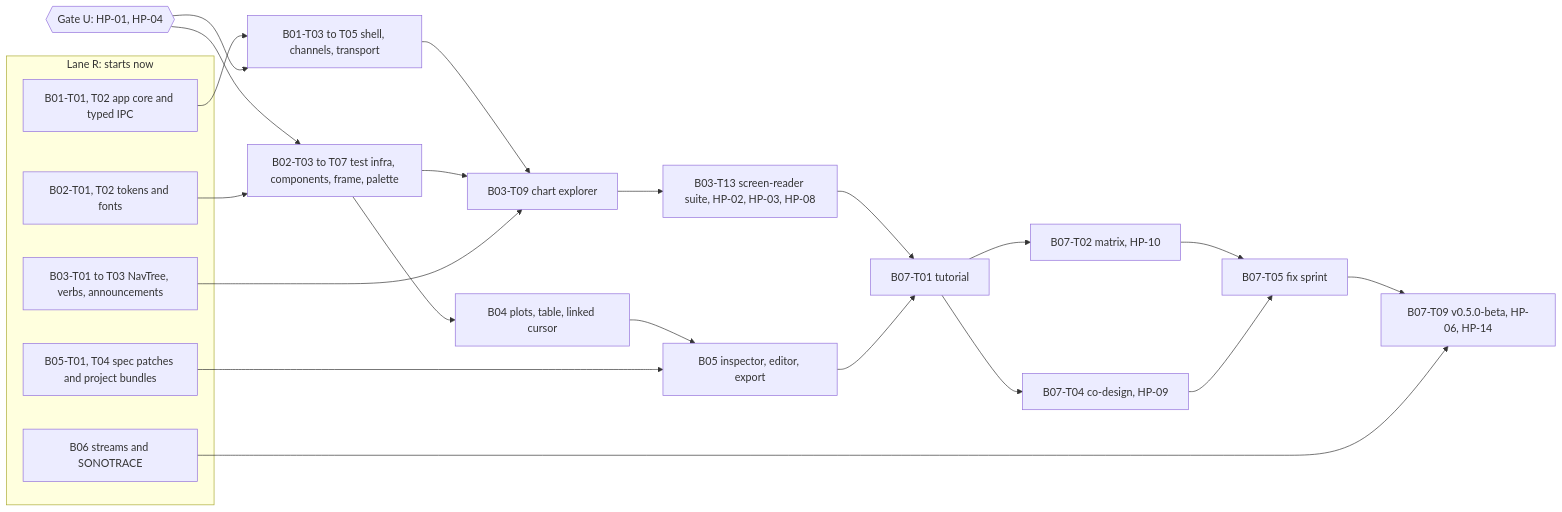
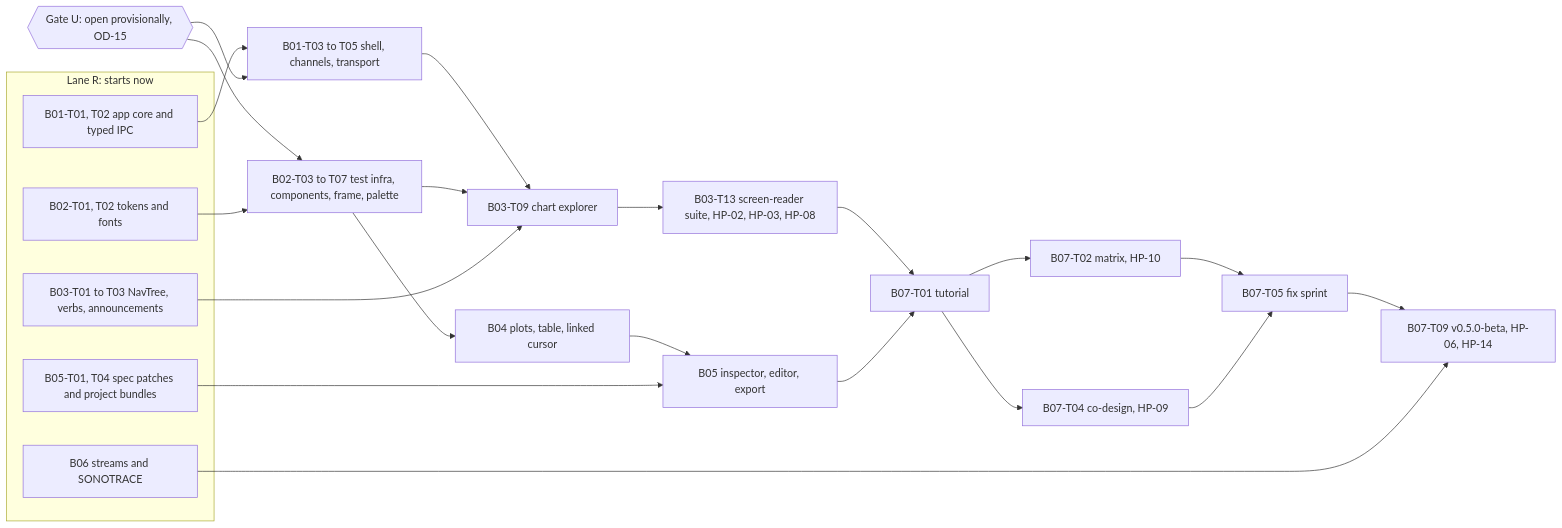
The second of 3 diagrams in docs/planning/implementation-plan.md (DuhItzAniket/SONARITHM), drawn with Mermaid before and after one commit. The commit also changed other lines of this file and 9 other files, not shown here.

First line of the commit message:
docs: open Gate U provisionally (OD-15 amended by the owner)

````diff
--- a/docs/planning/implementation-plan.md
+++ b/docs/planning/implementation-plan.md
@@ -208,30 +208,30 @@
 ```mermaid
 flowchart LR
   subgraph R[Lane R: starts now]
     APP[B01-T01, T02 app core and typed IPC]
     AUD[B03-T01 to T03 NavTree, verbs, announcements]
     SON[B06 streams and SONOTRACE]
     PRJ[B05-T01, T04 spec patches and project bundles]
     TOK[B02-T01, T02 tokens and fonts]
   end
-  GU{{Gate U: HP-01, HP-04}}
+  GU{{Gate U: open provisionally, OD-15}}
   APP --> SH[B01-T03 to T05 shell, channels, transport]
   GU --> SH
   GU --> UI[B02-T03 to T07 test infra, components, frame, palette]
   TOK --> UI
   SH --> EXP[B03-T09 chart explorer]
   UI --> EXP
   AUD --> EXP
   EXP --> SR[B03-T13 screen-reader suite, HP-02, HP-03, HP-08]
   UI --> VIZ[B04 plots, table, linked cursor]
   VIZ --> INS[B05 inspector, editor, export]
   PRJ --> INS
   SR --> TUT[B07-T01 tutorial]
   INS --> TUT
   TUT --> MAT[B07-T02 matrix, HP-10]
   TUT --> CD[B07-T04 co-design, HP-09]
   MAT --> FIX[B07-T05 fix sprint]
   CD --> FIX
   FIX --> REL[B07-T09 v0.5.0-beta, HP-06, HP-14]
   SON --> REL
 ```
````
